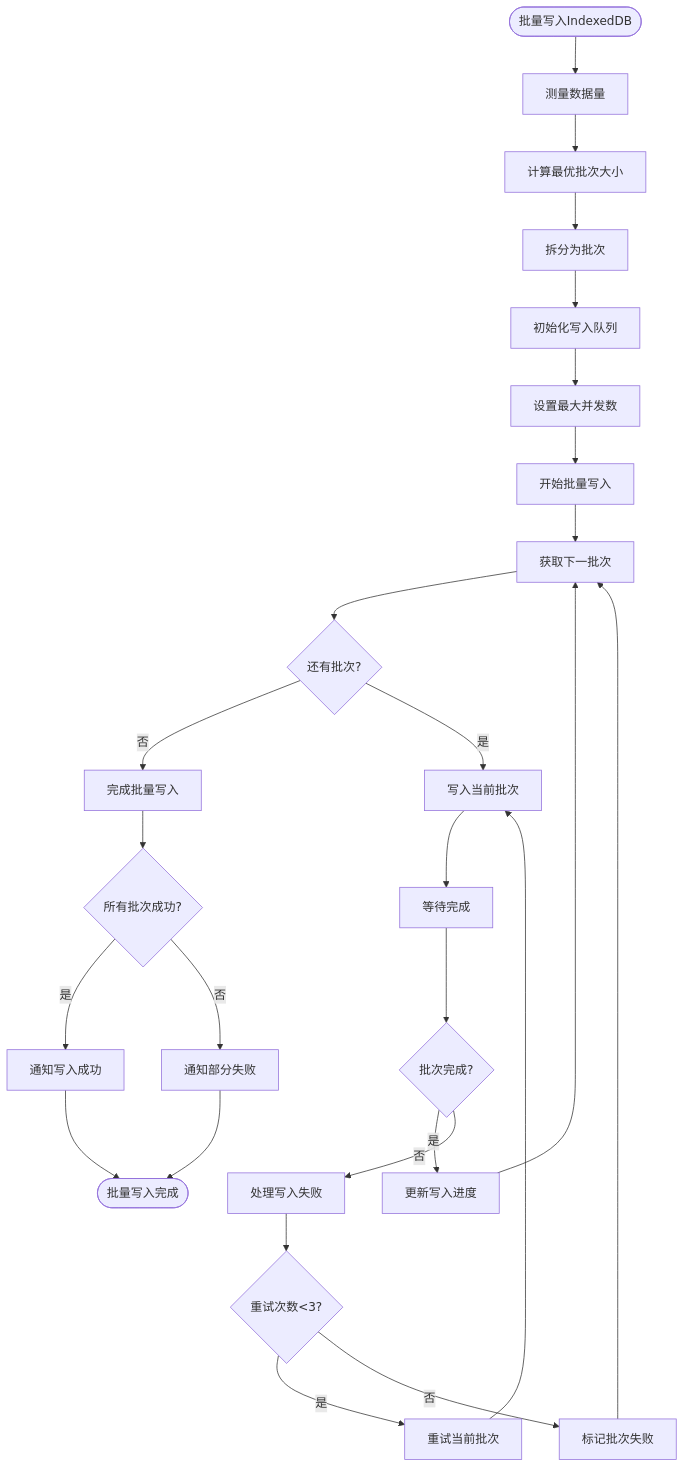
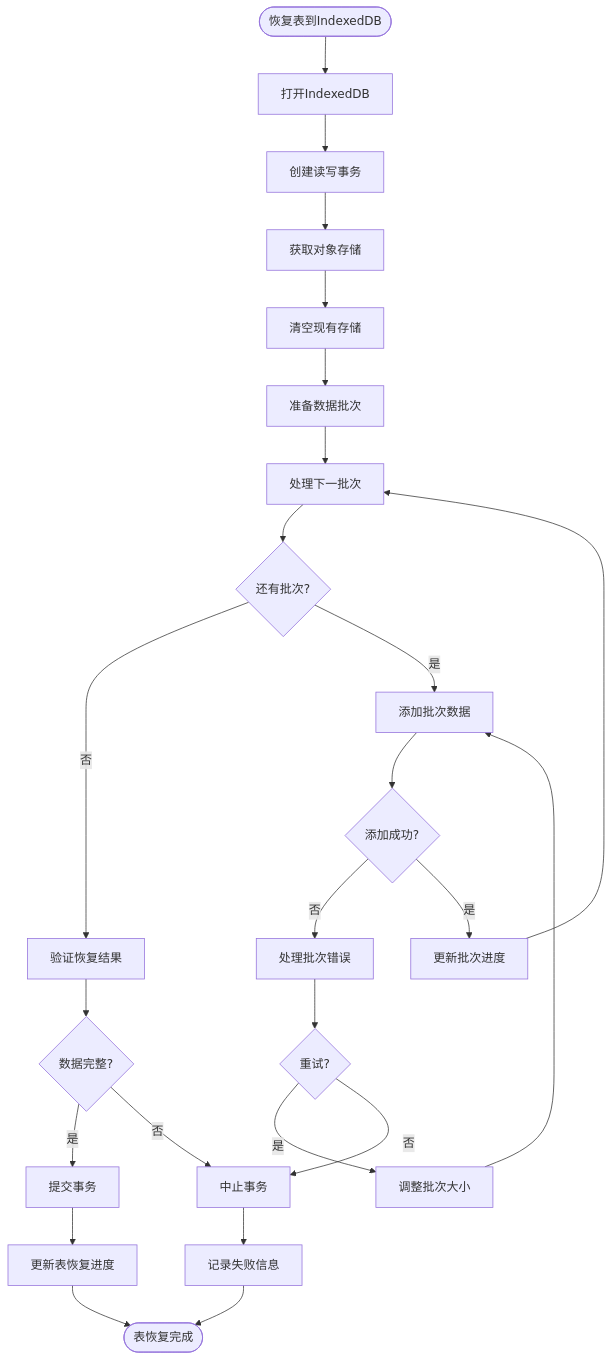
Before and after one commit to yingjianzh/iodraw-files: the diagram in all/未命名-53.md, drawn with Mermaid.

Commit message:
2025-05-09 18:01:50 update

````diff
--- a/all/未命名-53.md
+++ b/all/未命名-53.md
@@ -1,38 +1,36 @@
 ```mermaid
 flowchart TD
-    Start([批量写入IndexedDB]) --> MeasureData[测量数据量]
-    MeasureData --> CalcOptimalBatch[计算最优批次大小]
+    Start([恢复表到IndexedDB]) --> OpenDB[打开IndexedDB]
+    OpenDB --> CreateTx[创建读写事务]
+    CreateTx --> GetStore[获取对象存储]
     
-    CalcOptimalBatch --> SplitIntoBatches[拆分为批次]
-    SplitIntoBatches --> InitWriteQueue[初始化写入队列]
+    GetStore --> ClearStore[清空现有存储]
+    ClearStore --> PrepareBatches[准备数据批次]
     
-    InitWriteQueue --> SetConcurrency[设置最大并发数]
-    SetConcurrency --> BeginBatchWrite[开始批量写入]
+    PrepareBatches --> ProcessNextBatch[处理下一批次]
+    ProcessNextBatch --> MoreBatches{还有批次?}
     
-    BeginBatchWrite --> GetNextBatch[获取下一批次]
-    GetNextBatch --> MoreBatches{还有批次?}
+    MoreBatches -->|否| VerifyResults[验证恢复结果]
+    MoreBatches -->|是| AddBatch[添加批次数据]
     
-    MoreBatches -->|否| FinalizeBatchWrite[完成批量写入]
-    MoreBatches -->|是| WriteCurrentBatch[写入当前批次]
+    AddBatch --> BatchAdded{添加成功?}
+    BatchAdded -->|否| HandleBatchError[处理批次错误]
+    BatchAdded -->|是| UpdateBatchProgress[更新批次进度]
     
-    WriteCurrentBatch --> WaitForCompletion[等待完成]
-    WaitForCompletion --> BatchComplete{批次完成?}
+    HandleBatchError --> RetryBatch{重试?}
+    RetryBatch -->|是| AdjustBatchSize[调整批次大小]
+    RetryBatch -->|否| AbortTx[中止事务]
     
-    BatchComplete -->|是| UpdateWriteProgress[更新写入进度]
-    BatchComplete -->|否| HandleWriteFailure[处理写入失败]
+    AdjustBatchSize --> AddBatch
+    UpdateBatchProgress --> ProcessNextBatch
     
-    HandleWriteFailure --> RetryCount{重试次数<3?}
-    RetryCount -->|是| RetryBatch[重试当前批次]
-    RetryCount -->|否| MarkBatchFailed[标记批次失败]
+    VerifyResults --> DataComplete{数据完整?}
+    DataComplete -->|是| CommitTx[提交事务]
+    DataComplete -->|否| AbortTx
     
-    RetryBatch --> WriteCurrentBatch
-    UpdateWriteProgress --> GetNextBatch
-    MarkBatchFailed --> GetNextBatch
+    CommitTx --> UpdateTableProgress[更新表恢复进度]
+    AbortTx --> LogFailure[记录失败信息]
     
-    FinalizeBatchWrite --> CheckAllSuccess{所有批次成功?}
-    CheckAllSuccess -->|是| NotifySuccess[通知写入成功]
-    CheckAllSuccess -->|否| NotifyPartialFailure[通知部分失败]
-    
-    NotifySuccess --> End([批量写入完成])
-    NotifyPartialFailure --> End
+    UpdateTableProgress --> End([表恢复完成])
+    LogFailure --> End
 ```
````
